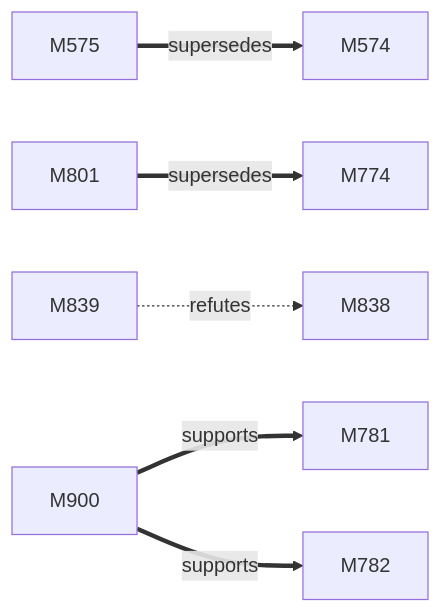
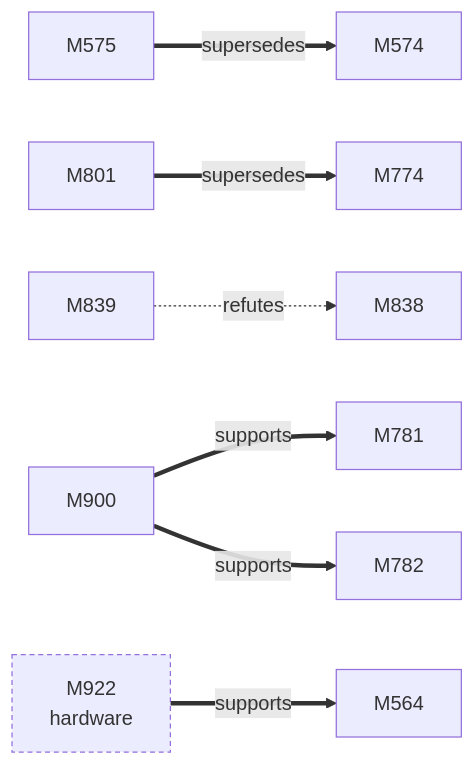
Before and after one commit to D-Ogi/amdgpu-wddm: the first of 2 diagrams in docs/facts/graphs/d3d.md, drawn with Mermaid. The commit also changed 138 other files, not shown here.

````diff
--- a/docs/facts/graphs/d3d.md
+++ b/docs/facts/graphs/d3d.md
@@ -9,18 +9,22 @@
 ```mermaid
 flowchart LR
+  M564["M564"]
   M574["M574"]
   M575["M575"]
   M774["M774"]
   M781["M781"]
   M782["M782"]
   M801["M801"]
   M838["M838"]
   M839["M839"]
   M900["M900"]
+  M922["M922<br/>hardware"]
+  M922 ==>|supports| M564
   M575 ==>|supersedes| M574
   M801 ==>|supersedes| M774
   M839 -.->|refutes| M838
   M900 ==>|supports| M781
   M900 ==>|supports| M782
   classDef other stroke-dasharray:4 3
+  class M922 other
 ```
````
